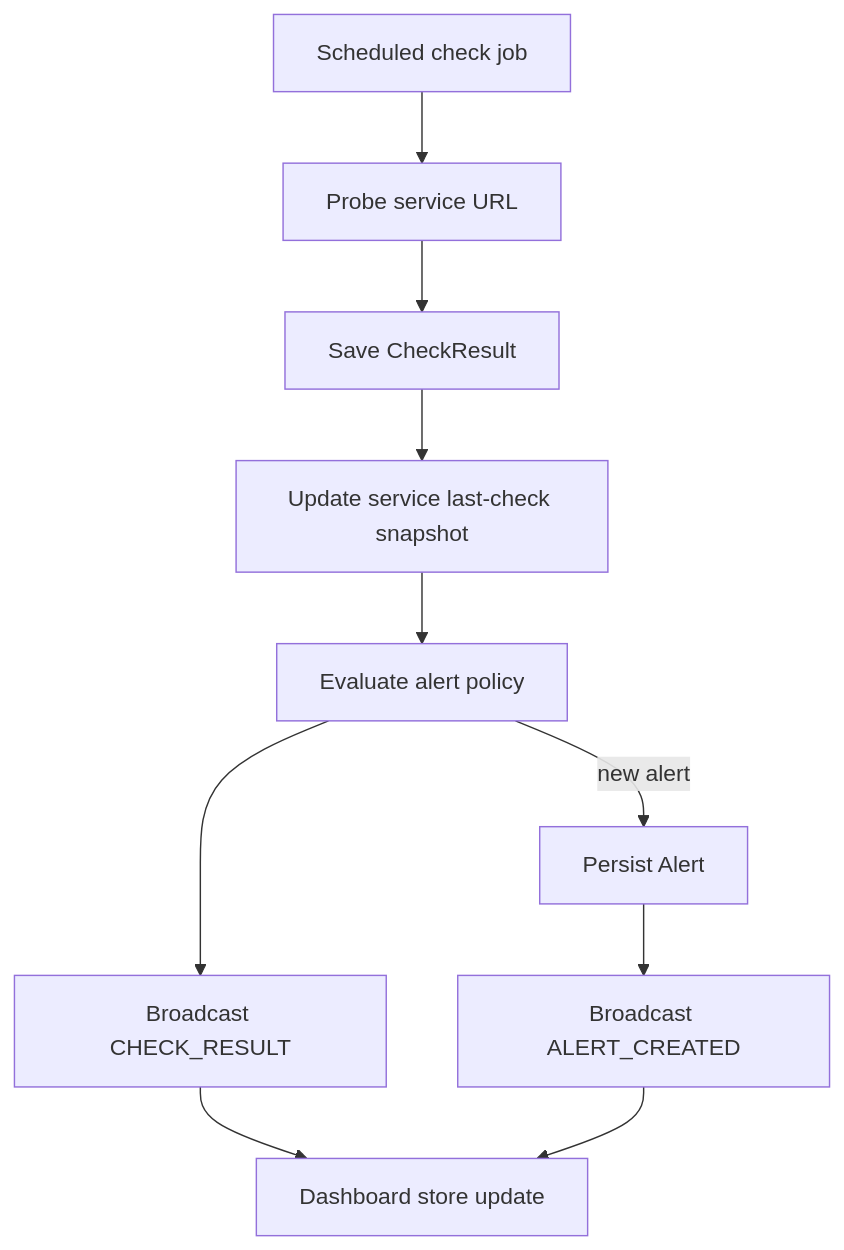
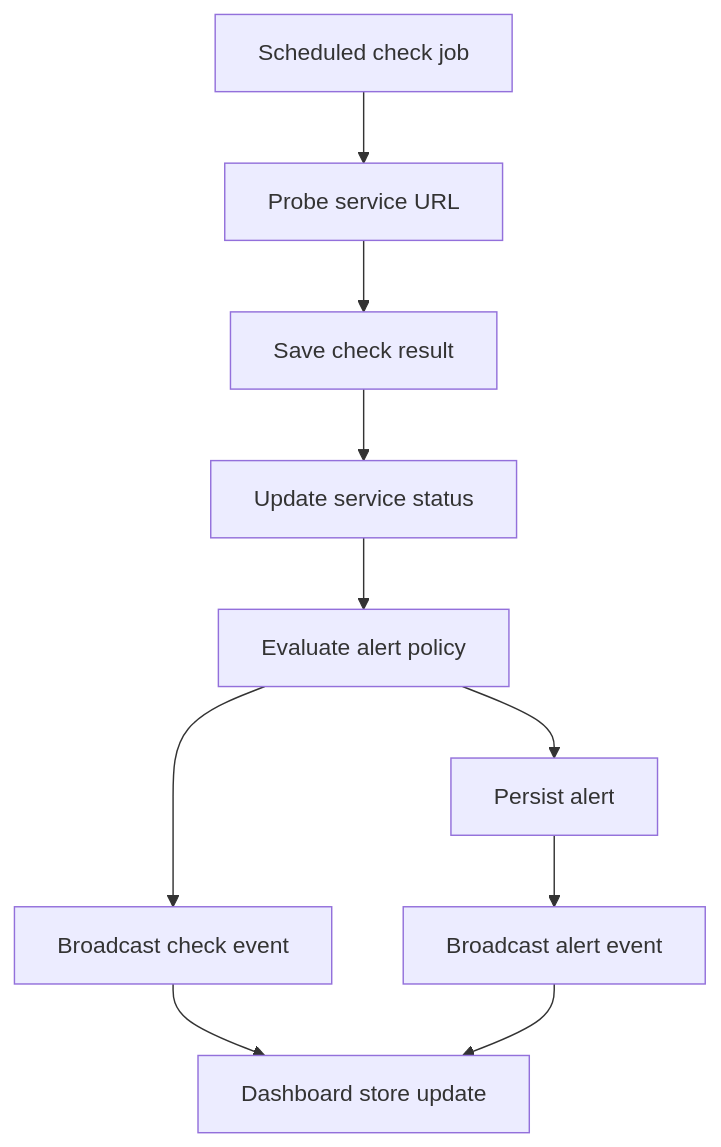
One commit to ThQMS/Devpulse changed the second of 3 diagrams in README.md. Above: the diagram before and after it, drawn with Mermaid. The commit also changed other lines of this file, not shown here.

Commit message:
docs: simplify readme diagrams

````diff
--- a/README.md
+++ b/README.md
@@ -40,12 +52,22 @@
 ```mermaid
-flowchart TD
-  Job[Scheduled check job] --> Probe[Probe service URL]
-  Probe --> Save[Save CheckResult]
-  Save --> Update[Update service last-check snapshot]
-  Update --> Evaluate[Evaluate alert policy]
-  Evaluate -->|new alert| Alert[Persist Alert]
-  Evaluate --> Broadcast[Broadcast CHECK_RESULT]
-  Alert --> BroadcastAlert[Broadcast ALERT_CREATED]
-  Broadcast --> Dashboard[Dashboard store update]
+graph TD
+  Job[Scheduled check job]
+  Probe[Probe service URL]
+  Save[Save check result]
+  Update[Update service status]
+  Evaluate[Evaluate alert policy]
+  Alert[Persist alert]
+  BroadcastCheck[Broadcast check event]
+  BroadcastAlert[Broadcast alert event]
+  Dashboard[Dashboard store update]
+
+  Job --> Probe
+  Probe --> Save
+  Save --> Update
+  Update --> Evaluate
+  Evaluate --> Alert
+  Evaluate --> BroadcastCheck
+  Alert --> BroadcastAlert
+  BroadcastCheck --> Dashboard
   BroadcastAlert --> Dashboard
 ```
````
